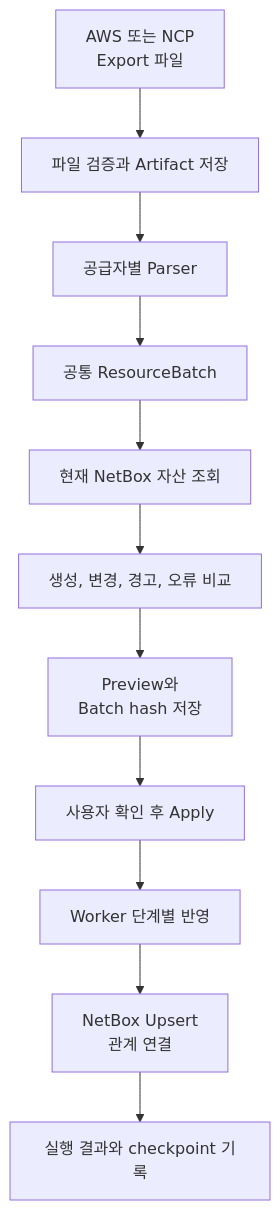
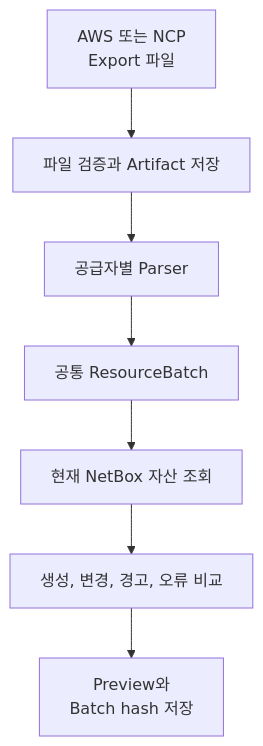
The first of 2 diagrams in projects/netbox-cloud-inventory/inventory.md (KimHG1995/work-history), drawn with Mermaid before and after one commit. The commit also changed other lines of this file and 9 other files, not shown here.

Commit message:
docs: 공개 Mermaid 흐름을 단계별로 나눠 가독성 개선

````diff
--- a/projects/netbox-cloud-inventory/inventory.md
+++ b/projects/netbox-cloud-inventory/inventory.md
@@ -113,13 +115,17 @@
 ```mermaid
-flowchart TD
-    export["AWS 또는 NCP<br/>Export 파일"] --> validate["파일 검증과 Artifact 저장"]
-    validate --> parser["공급자별 Parser"]
-    parser --> batch["공통 ResourceBatch"]
-    batch --> current["현재 NetBox 자산 조회"]
-    current --> diff["생성, 변경, 경고, 오류 비교"]
-    diff --> preview["Preview와<br/>Batch hash 저장"]
-    preview --> approve["사용자 확인 후 Apply"]
-    approve --> worker["Worker 단계별 반영"]
-    worker --> netbox["NetBox Upsert<br/>관계 연결"]
-    netbox --> history["실행 결과와 checkpoint 기록"]
+flowchart TB
+    export["AWS 또는 NCP<br/>Export 파일"]
+    validate["파일 검증과 Artifact 저장"]
+    parser["공급자별 Parser"]
+    batch["공통 ResourceBatch"]
+    current["현재 NetBox 자산 조회"]
+    diff["생성, 변경, 경고, 오류 비교"]
+    preview["Preview와<br/>Batch hash 저장"]
+
+    export --> validate
+    validate --> parser
+    parser --> batch
+    batch --> current
+    current --> diff
+    diff --> preview
 ```
````
